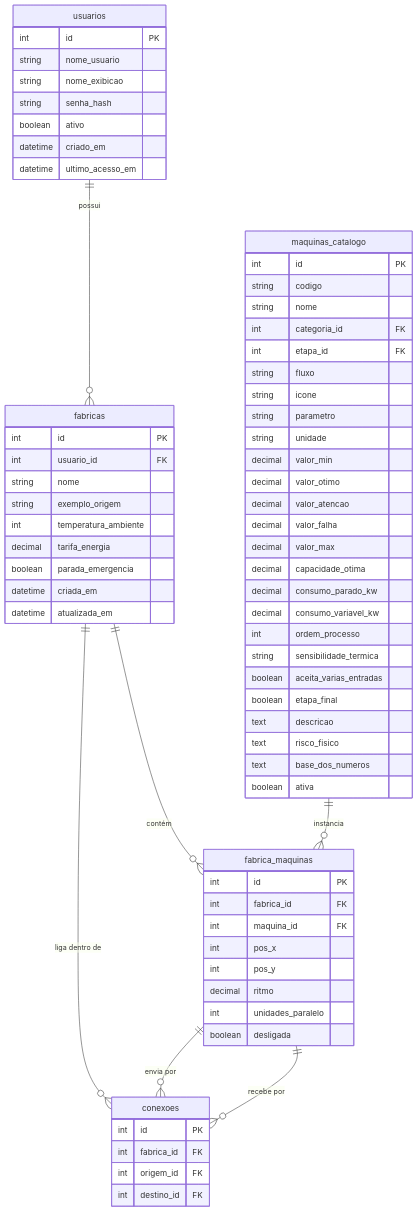
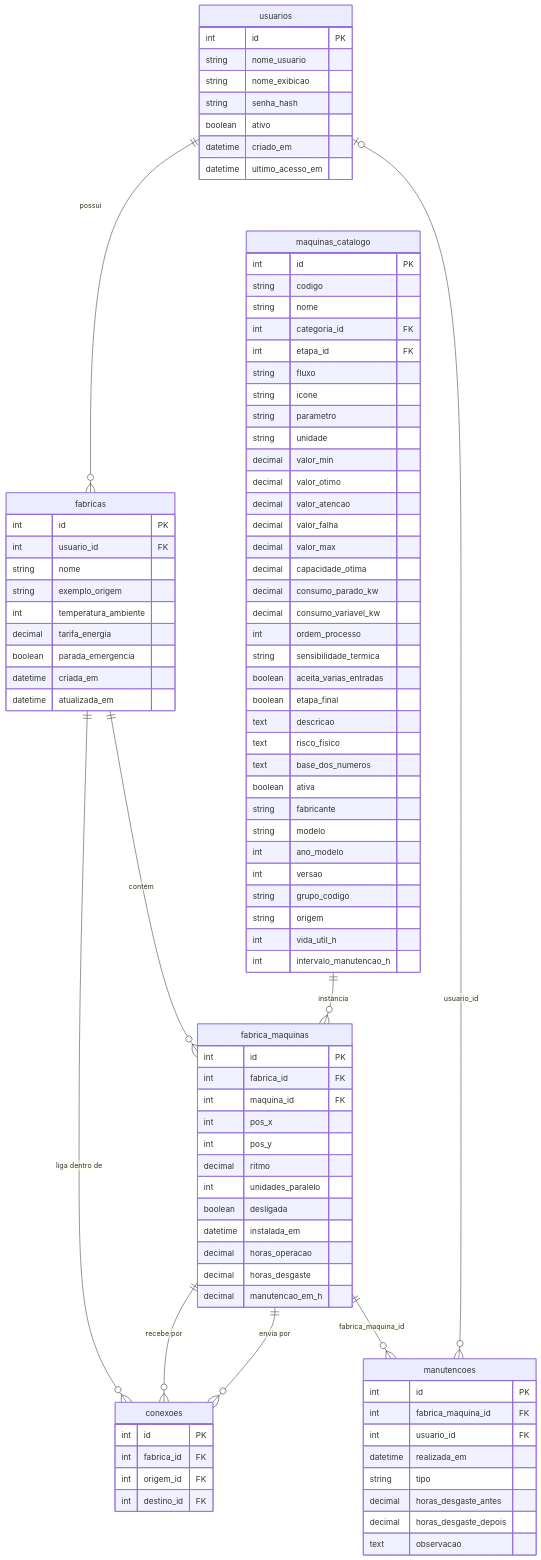
Before and after one commit to VictorRafaelDias/digital-twin-industrial: the diagram in banco-de-dados/der/der_modulo_4.mmd, drawn with Mermaid. The commit also changed 20 other files, not shown here.

```diff
--- a/banco-de-dados/der/der_modulo_4.mmd
+++ b/banco-de-dados/der/der_modulo_4.mmd
@@ -1,70 +1,94 @@
 erDiagram
     fabricas {
         int id PK
         int usuario_id FK
         string nome
         string exemplo_origem
         int temperatura_ambiente
         decimal tarifa_energia
         boolean parada_emergencia
         datetime criada_em
         datetime atualizada_em
     }
     fabrica_maquinas {
         int id PK
         int fabrica_id FK
         int maquina_id FK
         int pos_x
         int pos_y
         decimal ritmo
         int unidades_paralelo
         boolean desligada
+        datetime instalada_em
+        decimal horas_operacao
+        decimal horas_desgaste
+        decimal manutencao_em_h
     }
     conexoes {
         int id PK
         int fabrica_id FK
         int origem_id FK
         int destino_id FK
+    }
+    manutencoes {
+        int id PK
+        int fabrica_maquina_id FK
+        int usuario_id FK
+        datetime realizada_em
+        string tipo
+        decimal horas_desgaste_antes
+        decimal horas_desgaste_depois
+        text observacao
     }
     usuarios {
         int id PK
         string nome_usuario
         string nome_exibicao
         string senha_hash
         boolean ativo
         datetime criado_em
         datetime ultimo_acesso_em
     }
     maquinas_catalogo {
         int id PK
         string codigo
         string nome
         int categoria_id FK
         int etapa_id FK
         string fluxo
         string icone
         string parametro
         string unidade
         decimal valor_min
         decimal valor_otimo
         decimal valor_atencao
         decimal valor_falha
         decimal valor_max
         decimal capacidade_otima
         decimal consumo_parado_kw
         decimal consumo_variavel_kw
         int ordem_processo
         string sensibilidade_termica
         boolean aceita_varias_entradas
         boolean etapa_final
         text descricao
         text risco_fisico
         text base_dos_numeros
         boolean ativa
+        string fabricante
+        string modelo
+        int ano_modelo
+        int versao
+        string grupo_codigo
+        string origem
+        int vida_util_h
+        int intervalo_manutencao_h
     }
     usuarios ||--o{ fabricas : "possui"
+    maquinas_catalogo ||--o{ fabrica_maquinas : "instancia"
     fabricas ||--o{ fabrica_maquinas : "contém"
-    maquinas_catalogo ||--o{ fabrica_maquinas : "instancia"
+    fabrica_maquinas ||--o{ conexoes : "envia por"
     fabrica_maquinas ||--o{ conexoes : "recebe por"
     fabricas ||--o{ conexoes : "liga dentro de"
-    fabrica_maquinas ||--o{ conexoes : "envia por"
+    usuarios |o--o{ manutencoes : "usuario_id"
+    fabrica_maquinas ||--o{ manutencoes : "fabrica_maquina_id"
```
